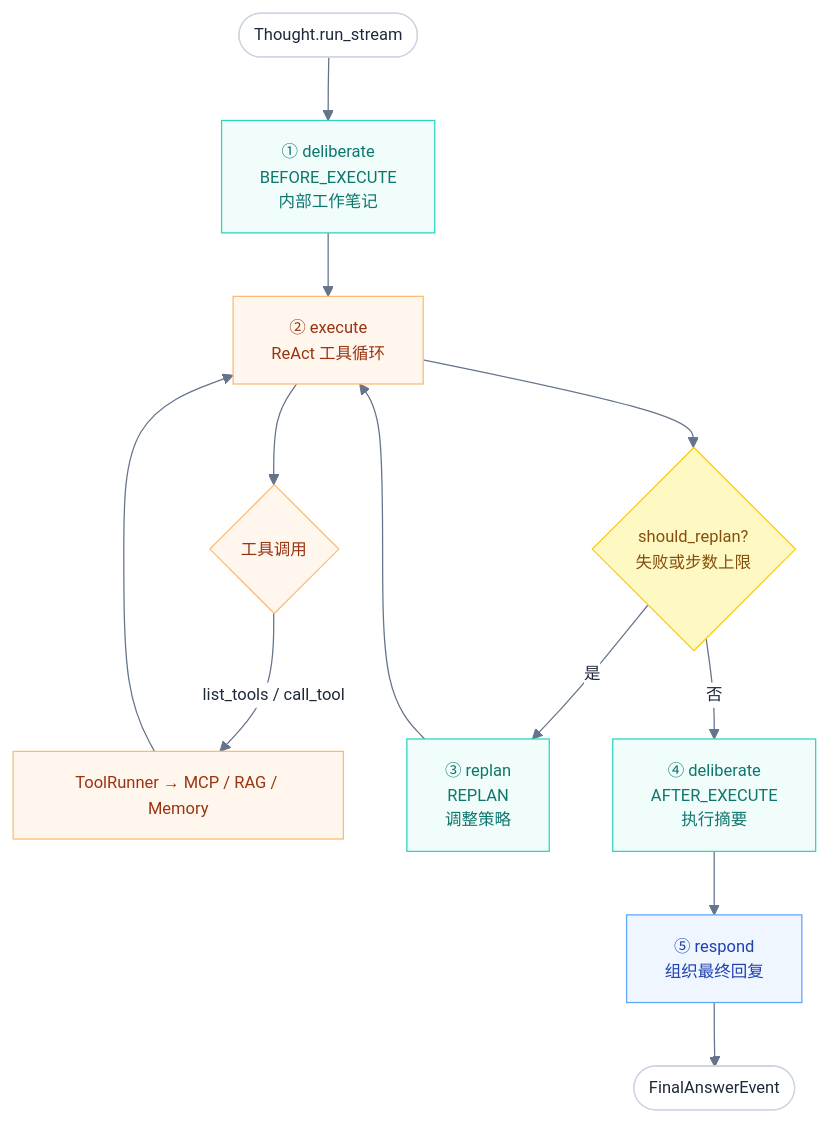
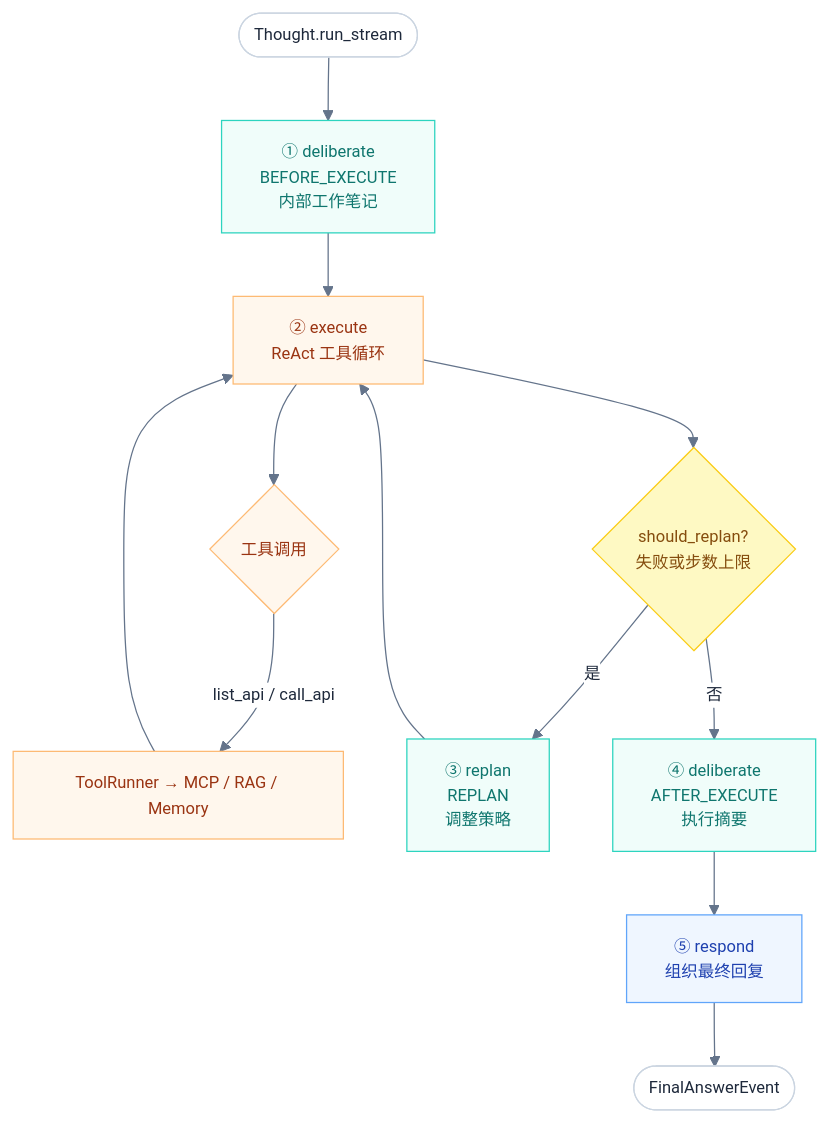
Before and after one commit to Zhong-y-j/Hubloom: the fourth of 5 diagrams in docs/Hubloom-ADP编排.md, drawn with Mermaid. The commit also changed 25 other files, not shown here.

First line of the commit message:
将业务元工具重命名为 list_api / call_api，并移除未使用的 MCPTool。

````diff
--- a/docs/Hubloom-ADP编排.md
+++ b/docs/Hubloom-ADP编排.md
@@ -158,28 +158,28 @@
 ```mermaid
 %%{init: {"theme":"base","themeVariables":{"background":"#ffffff","primaryColor":"#ffffff","primaryBorderColor":"#cbd5e1","primaryTextColor":"#1e293b","lineColor":"#64748b","fontSize":"13px"}}}%%
 flowchart TD
     START([Thought.run_stream]) --> D1["① deliberate<br/>BEFORE_EXECUTE<br/>内部工作笔记"]
 
     D1 --> EX["② execute<br/>ReAct 工具循环"]
     EX --> TC{工具调用}
-    TC -->|list_tools / call_tool| TOOL[ToolRunner → MCP / RAG / Memory]
+    TC -->|list_api / call_api| TOOL[ToolRunner → MCP / RAG / Memory]
     TOOL --> EX
 
     EX --> RP_Q{should_replan?<br/>失败或步数上限}
     RP_Q -->|是| D2["③ replan<br/>REPLAN<br/>调整策略"]
     D2 --> EX
     RP_Q -->|否| D3["④ deliberate<br/>AFTER_EXECUTE<br/>执行摘要"]
 
     D3 --> RSP["⑤ respond<br/>组织最终回复"]
     RSP --> END([FinalAnswerEvent])
 
     classDef deliberate fill:#f0fdfa,stroke:#2dd4bf,color:#0f766e
     classDef execute fill:#fff7ed,stroke:#fdba74,color:#9a3412
     classDef respond fill:#eff6ff,stroke:#60a5fa,color:#1e40af
     classDef decision fill:#fef9c3,stroke:#facc15,color:#854d0e
 
     class D1,D2,D3 deliberate
     class EX,TC,TOOL execute
     class RSP respond
     class RP_Q decision
 ```
````
